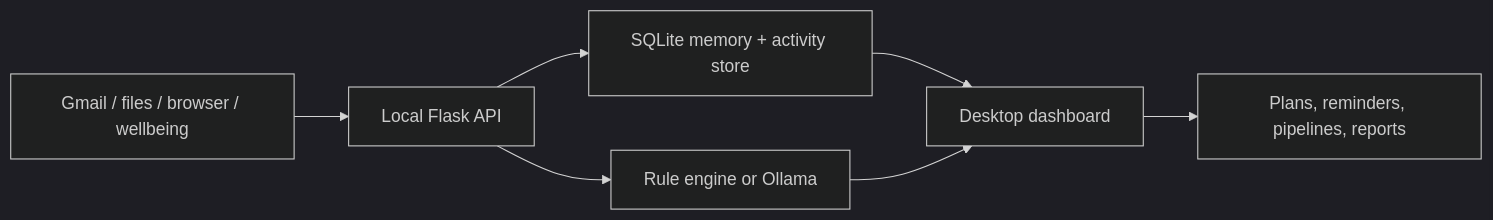
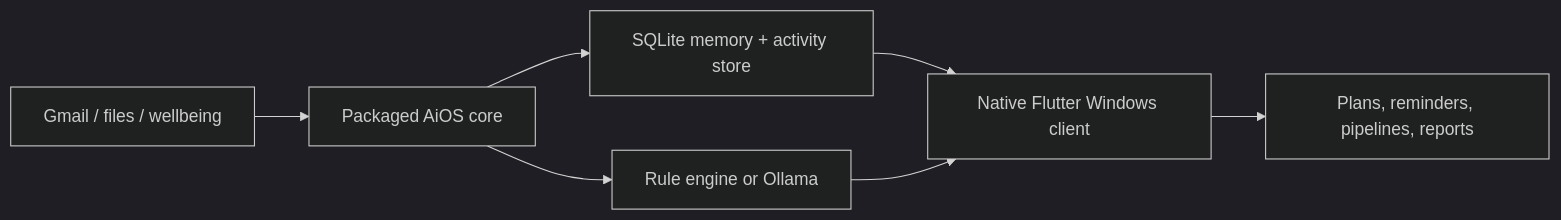
One commit to AnuranjanJain/aios-assistant changed the first of 2 diagrams in README.md. Above: the diagram before and after it, drawn with Mermaid (dark theme). The commit also changed other lines of this file, not shown here.

Commit message:
Define native Windows and Linux browser branches

````diff
--- a/README.md
+++ b/README.md
@@ -63,9 +74,9 @@
 ```mermaid
 flowchart LR
-    A["Gmail / files / browser / wellbeing"] --> B["Local Flask API"]
+    A["Gmail / files / wellbeing"] --> B["Packaged AiOS core"]
     B --> C["SQLite memory + activity store"]
     B --> D["Rule engine or Ollama"]
-    C --> E["Desktop dashboard"]
+    C --> E["Native Flutter Windows client"]
     D --> E
     E --> F["Plans, reminders, pipelines, reports"]
 ```
````
